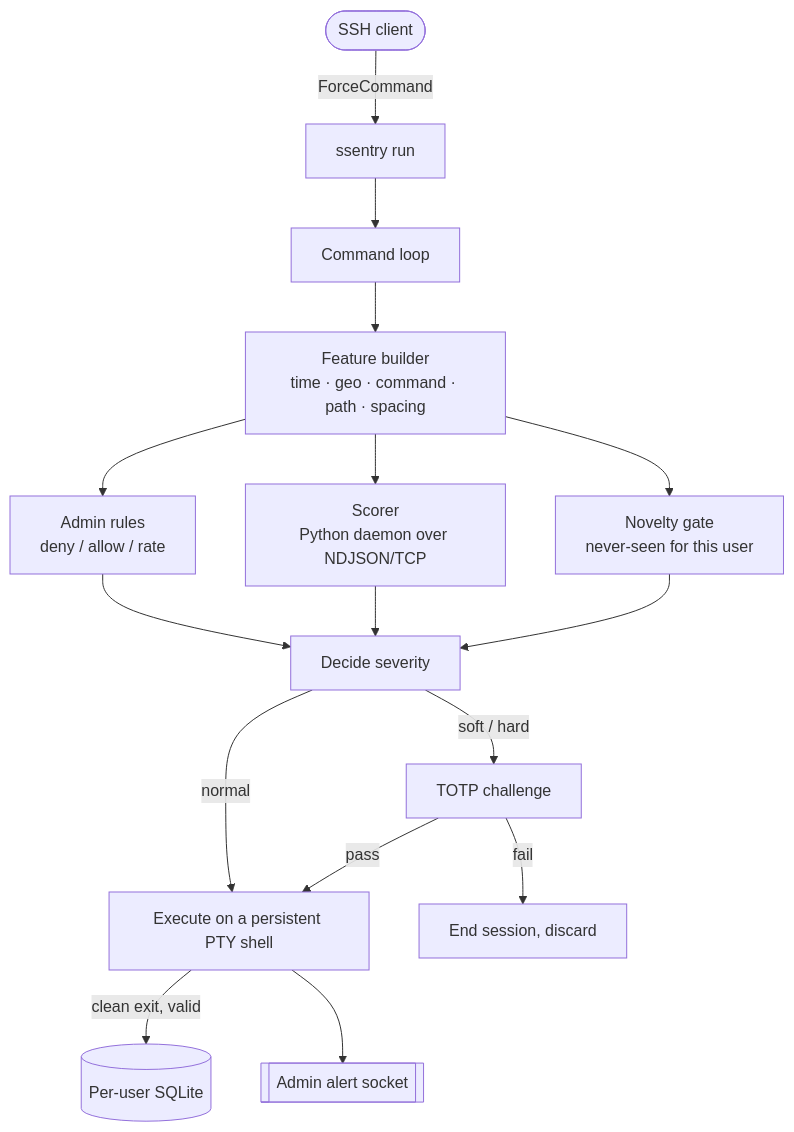
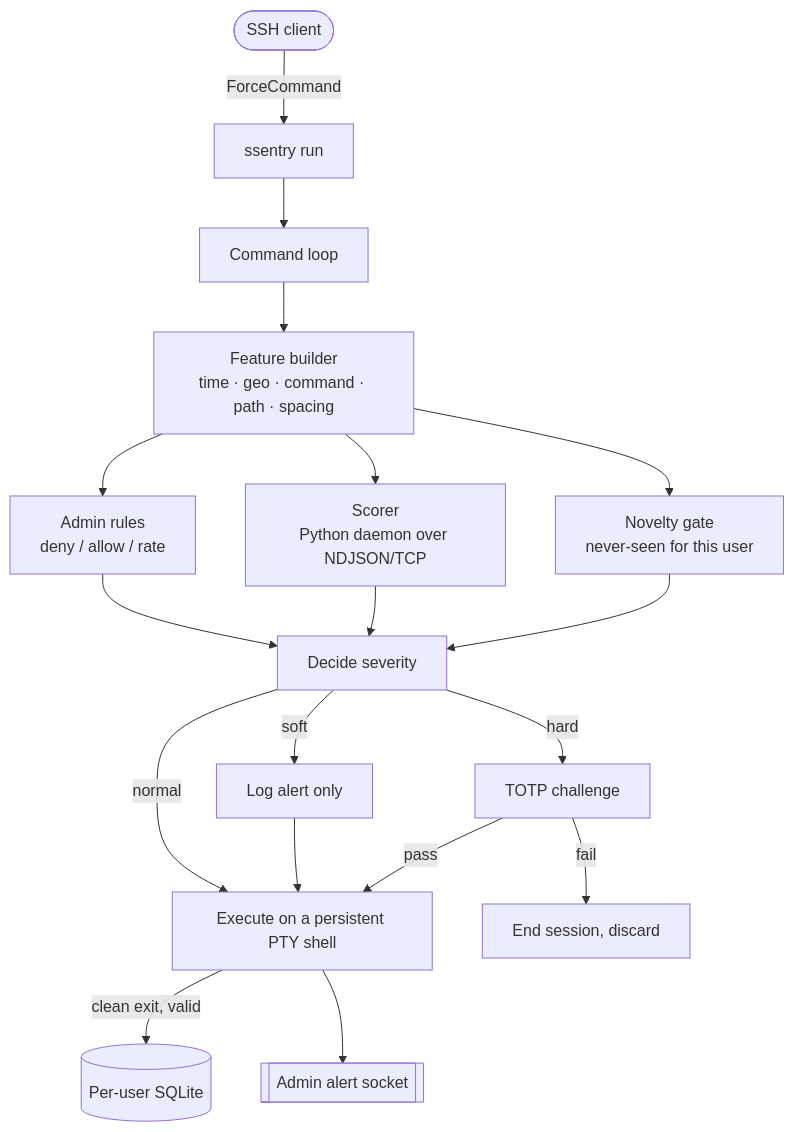
The first of 4 diagrams in README.md (IceWizard98/ShellSentry), drawn with Mermaid before and after one commit. The commit also changed other lines of this file, not shown here.

First line of the commit message:
docs: align README with soft-log challenge policy

````diff
--- a/README.md
+++ b/README.md
@@ -86,23 +91,25 @@
 ```mermaid
 flowchart TD
     Client([SSH client]) -->|ForceCommand| Wrapper[ssentry run]
 
     Wrapper --> REPL[Command loop]
     REPL --> FB[Feature builder<br/>time · geo · command · path · spacing]
 
     FB --> Rules[Admin rules<br/>deny / allow / rate]
     FB --> Scorer[Scorer<br/>Python daemon over NDJSON/TCP]
     FB --> Nov[Novelty gate<br/>never-seen for this user]
 
     Rules --> Decide[Decide severity]
     Scorer --> Decide
     Nov --> Decide
 
-    Decide -->|soft / hard| OTP[TOTP challenge]
+    Decide -->|hard| OTP[TOTP challenge]
+    Decide -->|soft| Log[Log alert only]
     Decide -->|normal| Exec
+    Log --> Exec
     OTP -->|pass| Exec[Execute on a persistent PTY shell]
     OTP -->|fail| Kill[End session, discard]
 
     Exec -->|clean exit, valid| Store[(Per-user SQLite)]
     Exec --> Alerts[[Admin alert socket]]
 ```
````
